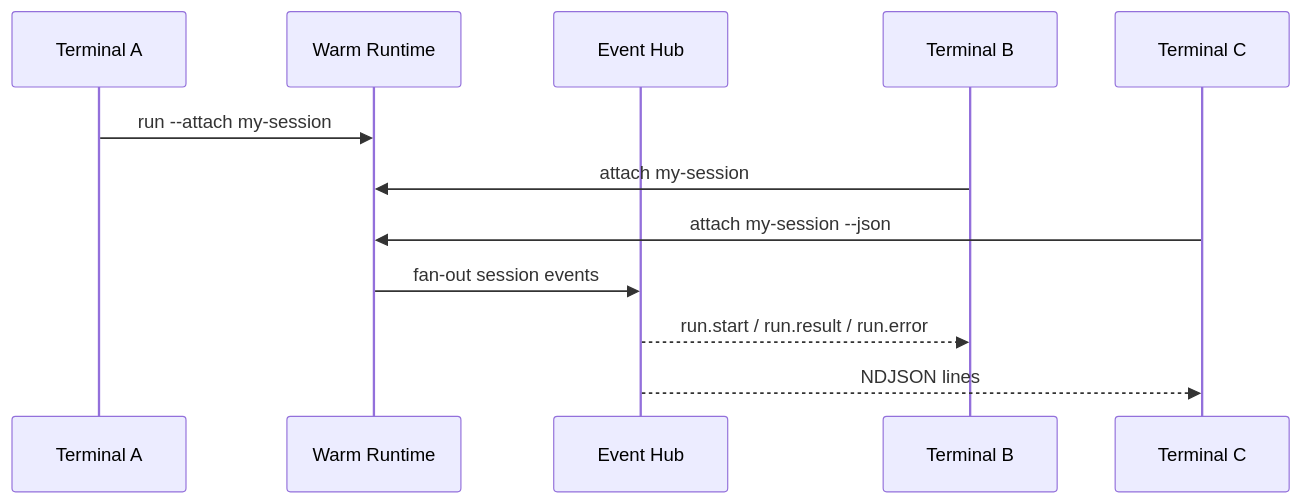
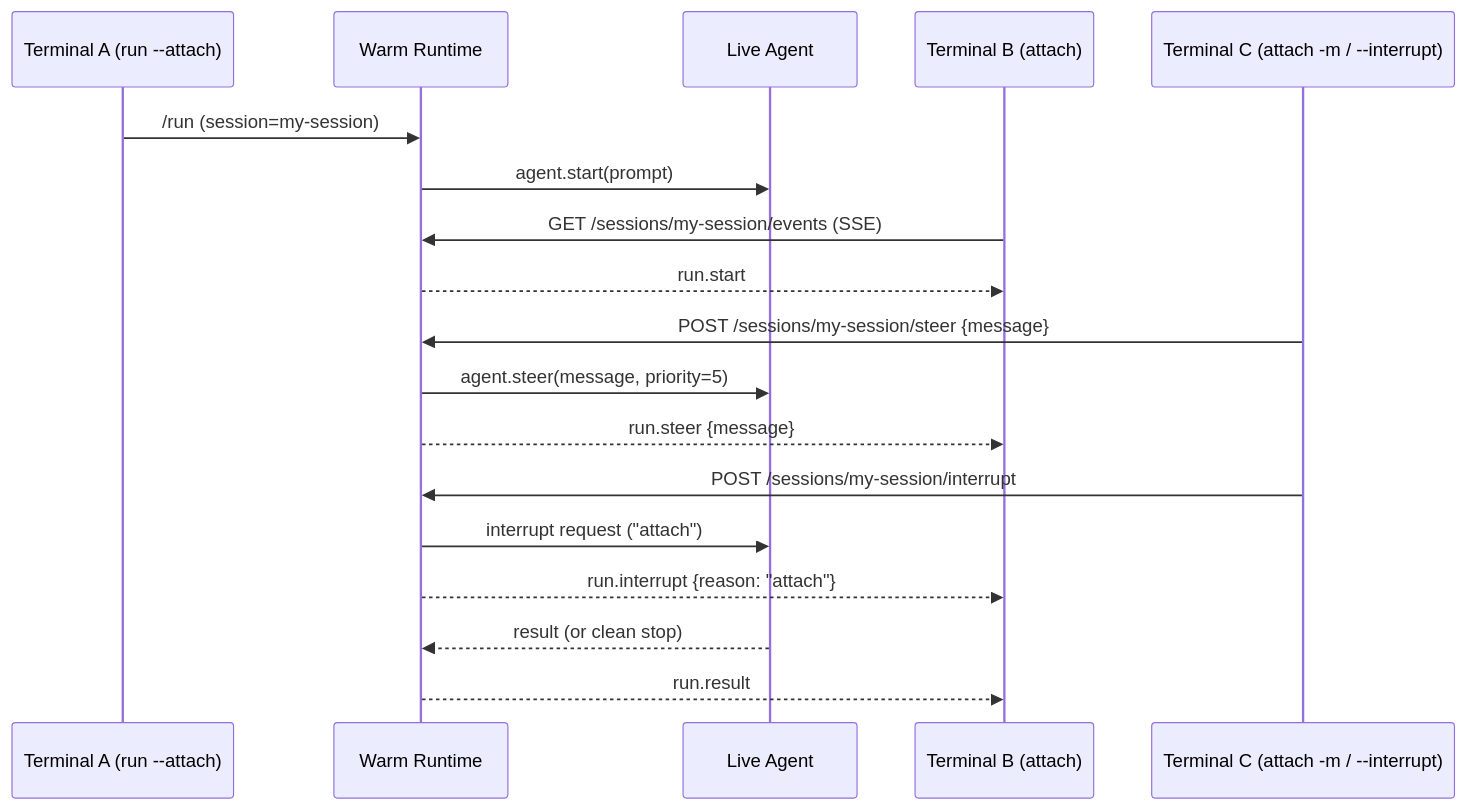
One commit to MervinPraison/PraisonAIDocs changed the third of 3 diagrams in docs/cli/attach.mdx. Above: the diagram before and after it, drawn with Mermaid. The commit also changed other lines of this file and 2 other files, not shown here.

Commit message:
docs: document attach --message/--interrupt live-turn control (fixes #4595)

````diff
--- a/docs/cli/attach.mdx
+++ b/docs/cli/attach.mdx
@@ -73,15 +169,21 @@
 ```mermaid
 sequenceDiagram
-    participant A as Terminal A
+    participant A as Terminal A (run --attach)
     participant R as Warm Runtime
-    participant H as Event Hub
-    participant B as Terminal B
-    participant C as Terminal C
+    participant G as Live Agent
+    participant B as Terminal B (attach)
+    participant C as Terminal C (attach -m / --interrupt)
 
-    A->>R: run --attach my-session
-    B->>R: attach my-session
-    C->>R: attach my-session --json
-    R->>H: fan-out session events
-    H-->>B: run.start / run.result / run.error
-    H-->>C: NDJSON lines
+    A->>R: /run (session=my-session)
+    R->>G: agent.start(prompt)
+    B->>R: GET /sessions/my-session/events (SSE)
+    R-->>B: run.start
+    C->>R: POST /sessions/my-session/steer {message}
+    R->>G: agent.steer(message, priority=5)
+    R-->>B: run.steer {message}
+    C->>R: POST /sessions/my-session/interrupt
+    R->>G: interrupt request ("attach")
+    R-->>B: run.interrupt {reason: "attach"}
+    G-->>R: result (or clean stop)
+    R-->>B: run.result
 ```
````
